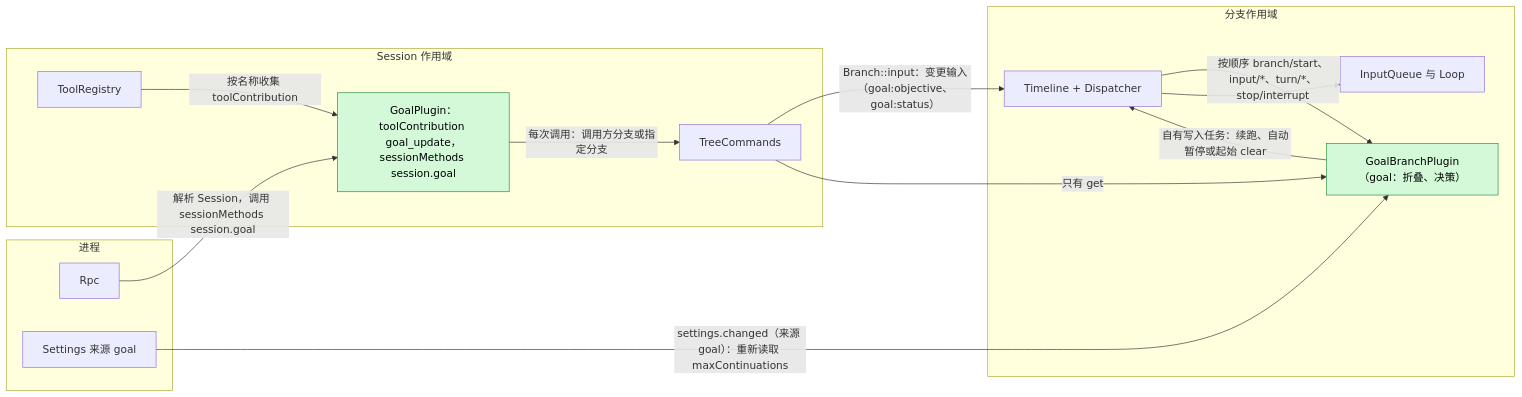
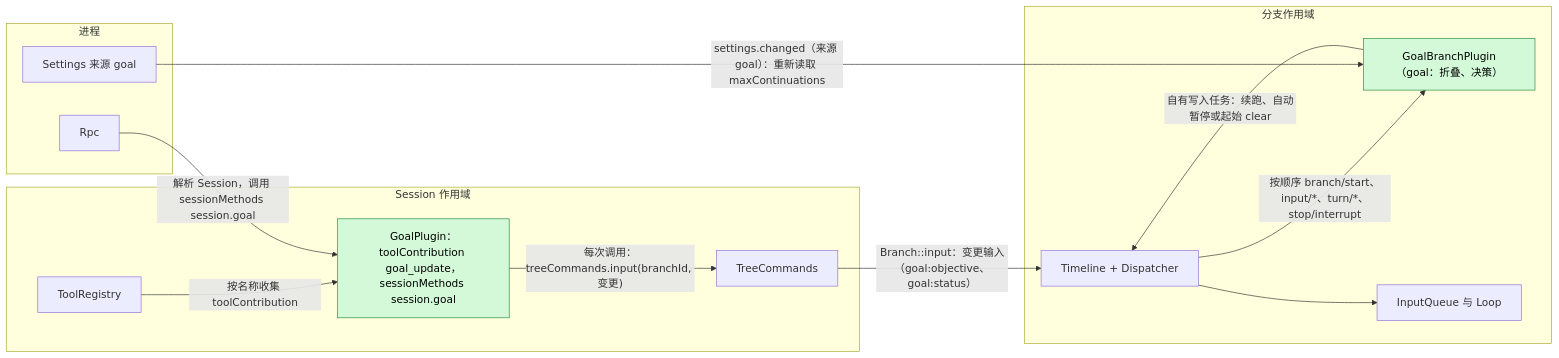
One commit to CoutinhoTTS/dim-agent changed the first of 7 diagrams in docs/zh/design/plugins/Goal.md. Above: the diagram before and after it, drawn with Mermaid. The commit also changed other lines of this file and 11 other files, not shown here.

````diff
--- a/docs/zh/design/plugins/Goal.md
+++ b/docs/zh/design/plugins/Goal.md
@@ -13,27 +11,26 @@
 ```mermaid
 flowchart LR
   subgraph PROC["进程"]
     Rpc["Rpc"]
     Settings["Settings 来源 goal"]
   end
   subgraph SESS["Session 作用域"]
     GS["GoalPlugin：toolContribution goal_update，sessionMethods session.goal"]:::new
     TR["ToolRegistry"]
     TC["TreeCommands"]
   end
   subgraph BR["分支作用域"]
     GB["GoalBranchPlugin（goal：折叠、决策）"]:::new
     TL["Timeline + Dispatcher"]
     IQ["InputQueue 与 Loop"]
   end
   TR -- "按名称收集 toolContribution" --> GS
   Rpc -- "解析 Session，调用 sessionMethods session.goal" --> GS
-  GS -- "每次调用：调用方分支或指定分支" --> TC
+  GS -- "每次调用：treeCommands.input(branchId, 变更)" --> TC
   TC -- "Branch::input：变更输入（goal:objective、goal:status）" --> TL
-  TC -- "只有 get" --> GB
   TL -- "按顺序 branch/start、input/*、turn/*、stop/interrupt" --> GB
   GB -- "自有写入任务：续跑、自动暂停或起始 clear" --> TL
   Settings -- "settings.changed（来源 goal）：重新读取 maxContinuations" --> GB
   TL --> IQ
   classDef new fill:#d3f9d8,stroke:#2b8a3e,color:#000
 ```
````
